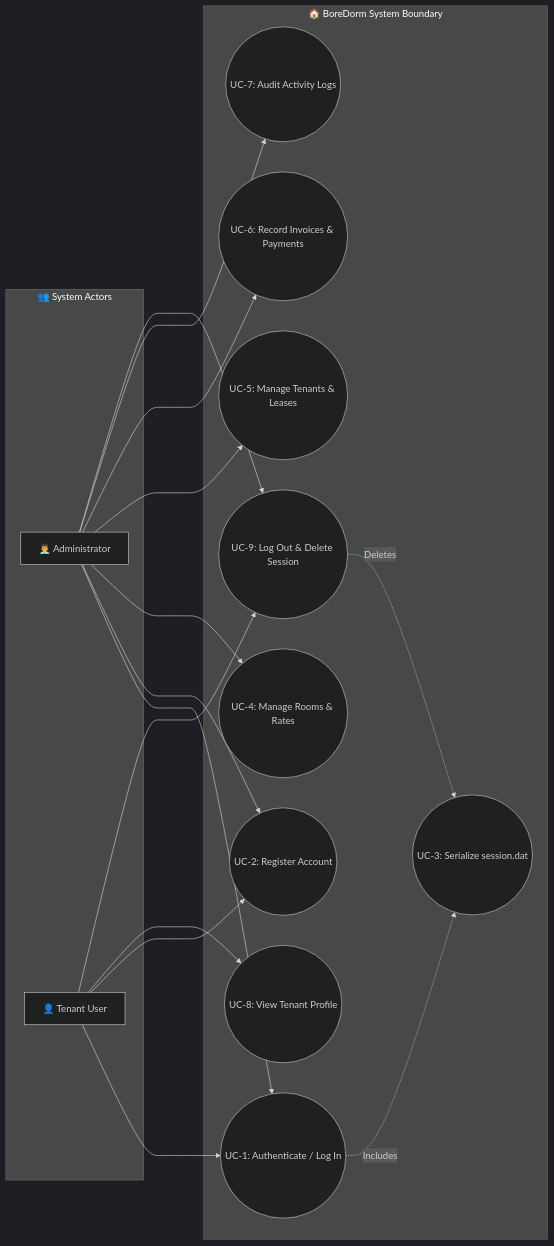
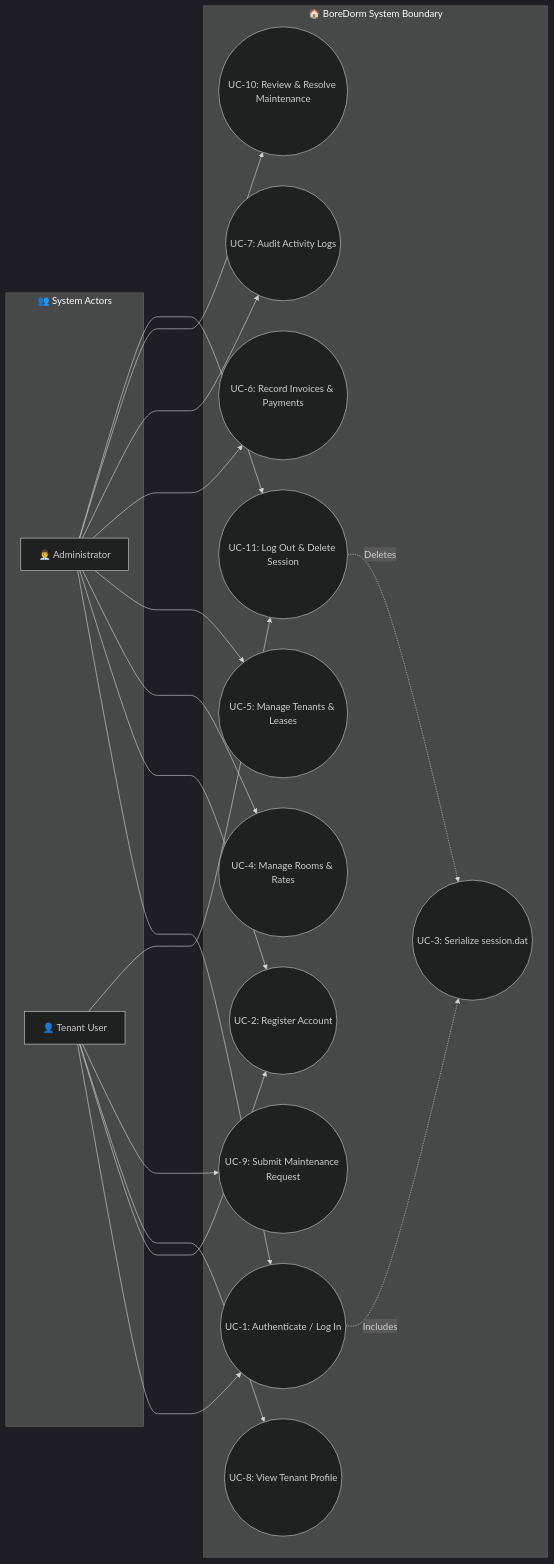
Before and after one commit to CarlosJamesDeLeon/BoreDorm: the second of 4 diagrams in README.md, drawn with Mermaid. The commit also changed other lines of this file, not shown here.

Commit message:
Update README.md with clean collapsible View Diagram sections for each UML diagram type

````diff
--- a/README.md
+++ b/README.md
@@ -165,36 +211,40 @@
 ```mermaid
 %%{init: {'theme': 'dark', 'flowchart': {'curve': 'straight'}}}%%
 flowchart LR
     subgraph Actors["👥 System Actors"]
         Admin["👨‍💼 Administrator"]
         Tenant["👤 Tenant User"]
     end
 
     subgraph SystemBoundary["🏠 BoreDorm System Boundary"]
         UC1(("UC-1: Authenticate / Log In"))
         UC2(("UC-2: Register Account"))
         UC3(("UC-3: Serialize session.dat"))
         UC4(("UC-4: Manage Rooms & Rates"))
         UC5(("UC-5: Manage Tenants & Leases"))
         UC6(("UC-6: Record Invoices & Payments"))
         UC7(("UC-7: Audit Activity Logs"))
         UC8(("UC-8: View Tenant Profile"))
-        UC9(("UC-9: Log Out & Delete Session"))
+        UC9(("UC-9: Submit Maintenance Request"))
+        UC10(("UC-10: Review & Resolve Maintenance"))
+        UC11(("UC-11: Log Out & Delete Session"))
     end
 
     Admin ---> UC1
     Admin ---> UC2
     Admin ---> UC4
     Admin ---> UC5
     Admin ---> UC6
     Admin ---> UC7
-    Admin ---> UC9
+    Admin ---> UC10
+    Admin ---> UC11
 
     Tenant ---> UC1
     Tenant ---> UC2
     Tenant ---> UC8
     Tenant ---> UC9
+    Tenant ---> UC11
 
     UC1 -.->|Includes| UC3
-    UC9 -.->|Deletes| UC3
+    UC11 -.->|Deletes| UC3
 ```
````
